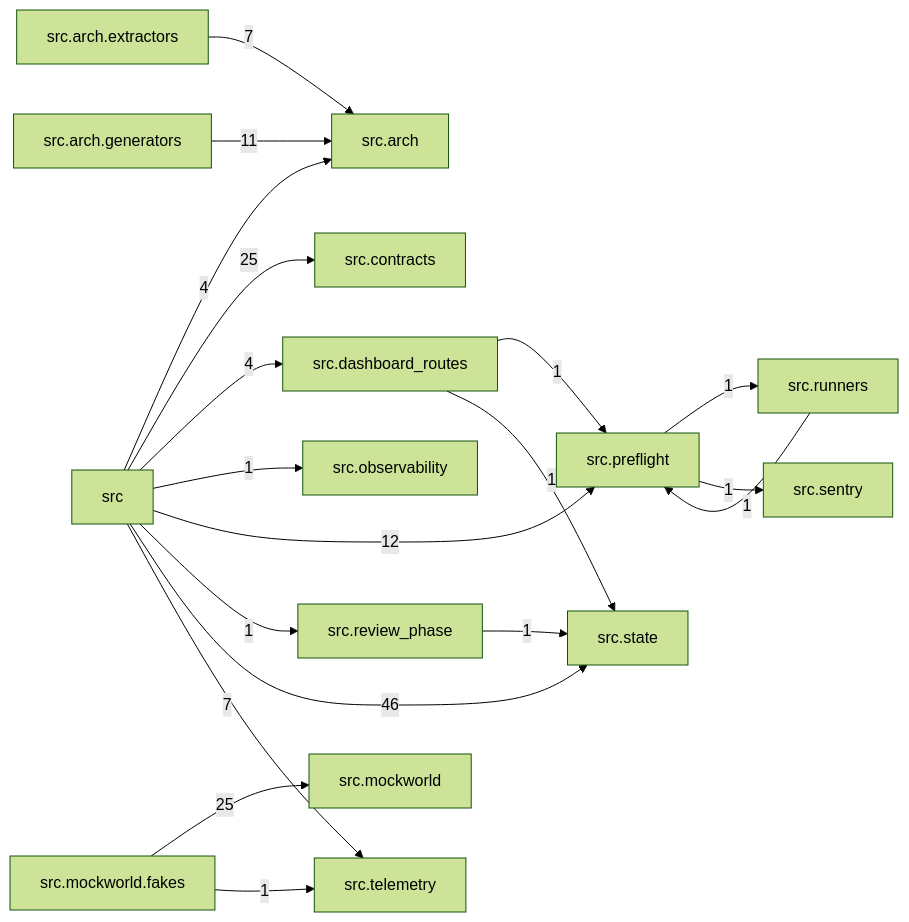
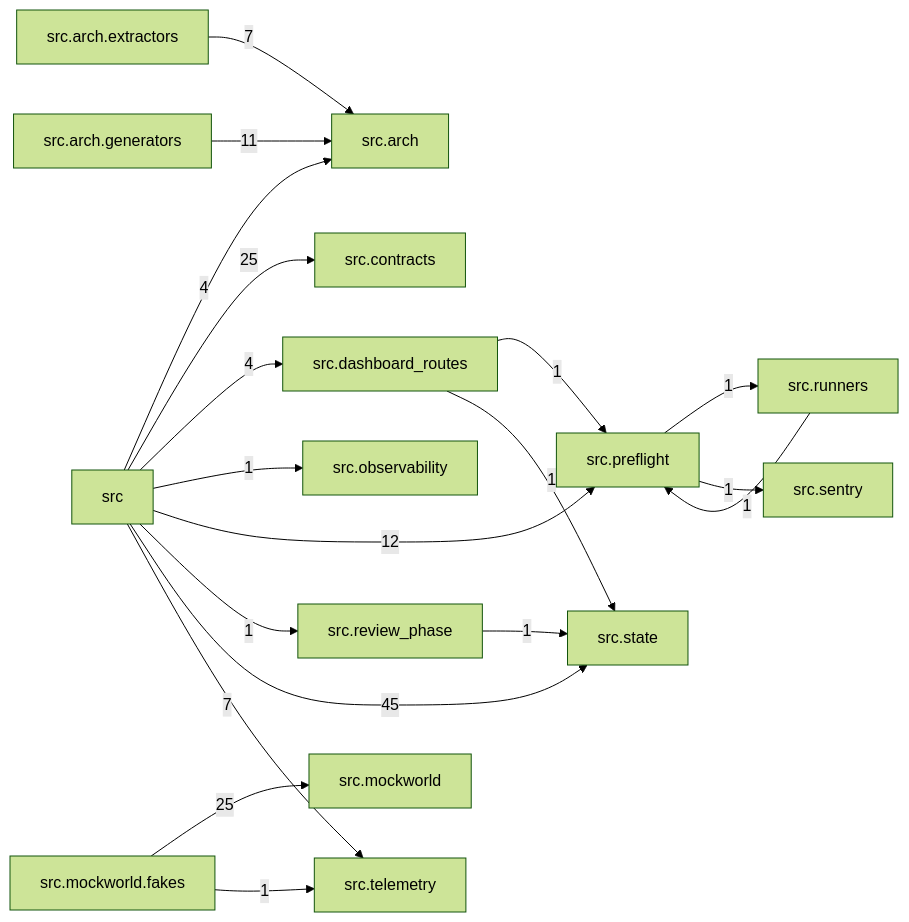
One commit to T-rav/hydraflow changed the diagram in docs/arch/generated/modules.md. Above: the diagram before and after it, drawn with Mermaid (forest theme). The commit also changed other lines of this file and 42 other files, not shown here.

````diff
--- a/docs/arch/generated/modules.md
+++ b/docs/arch/generated/modules.md
@@ -7,36 +7,36 @@
 ```mermaid
 graph LR
     src["src"]
     src_arch["src.arch"]
     src_arch_extractors["src.arch.extractors"]
     src_arch_generators["src.arch.generators"]
     src_contracts["src.contracts"]
     src_dashboard_routes["src.dashboard_routes"]
     src_mockworld["src.mockworld"]
     src_mockworld_fakes["src.mockworld.fakes"]
     src_observability["src.observability"]
     src_preflight["src.preflight"]
     src_review_phase["src.review_phase"]
     src_runners["src.runners"]
     src_sentry["src.sentry"]
     src_state["src.state"]
     src_telemetry["src.telemetry"]
     src -- "4" --> src_arch
     src -- "25" --> src_contracts
     src -- "4" --> src_dashboard_routes
     src -- "1" --> src_observability
     src -- "12" --> src_preflight
     src -- "1" --> src_review_phase
-    src -- "46" --> src_state
+    src -- "45" --> src_state
     src -- "7" --> src_telemetry
     src_arch_extractors -- "7" --> src_arch
     src_arch_generators -- "11" --> src_arch
     src_dashboard_routes -- "1" --> src_preflight
     src_dashboard_routes -- "1" --> src_state
     src_mockworld_fakes -- "25" --> src_mockworld
     src_mockworld_fakes -- "1" --> src_telemetry
     src_preflight -- "1" --> src_runners
     src_preflight -- "1" --> src_sentry
     src_review_phase -- "1" --> src_state
     src_runners -- "1" --> src_preflight
 ```
````
